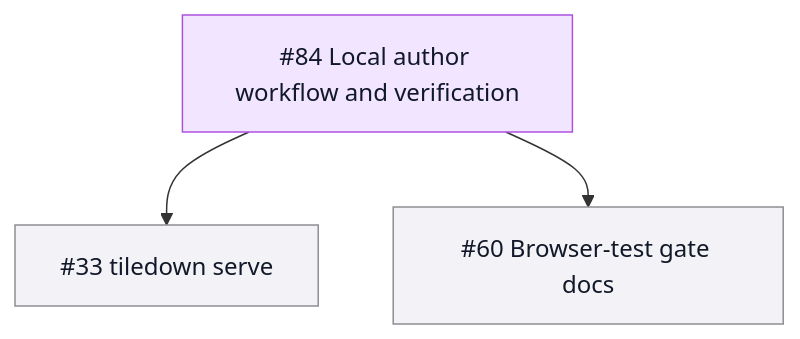
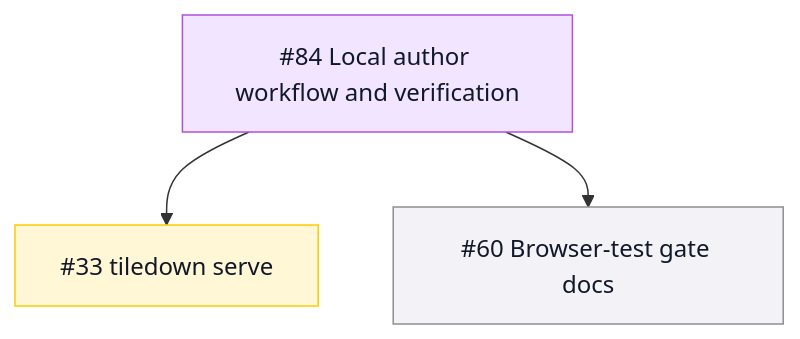
One commit to TileDown/tile-down changed the seventh of 9 diagrams in README.md. Above: the diagram before and after it, drawn with Mermaid. The commit also changed other lines of this file and 27 other files, not shown here.

First line of the commit message:
Add tiledown serve preview command (#113)

````diff
--- a/README.md
+++ b/README.md
@@ -158,9 +159,10 @@
 ```mermaid
 flowchart TD
   Epic["#84 Local author workflow and verification"]:::epic
-  Epic --> Serve["#33 tiledown serve"]:::todo
+  Epic --> Serve["#33 tiledown serve"]:::review
   Epic --> BrowserGate["#60 Browser-test gate docs"]:::todo
 
   classDef epic fill:#f2e5ff,stroke:#af52de,color:#111827
+  classDef review fill:#fff7d6,stroke:#ffcc00,color:#111827
   classDef todo fill:#f2f2f7,stroke:#8e8e93,color:#111827
 ```
````
